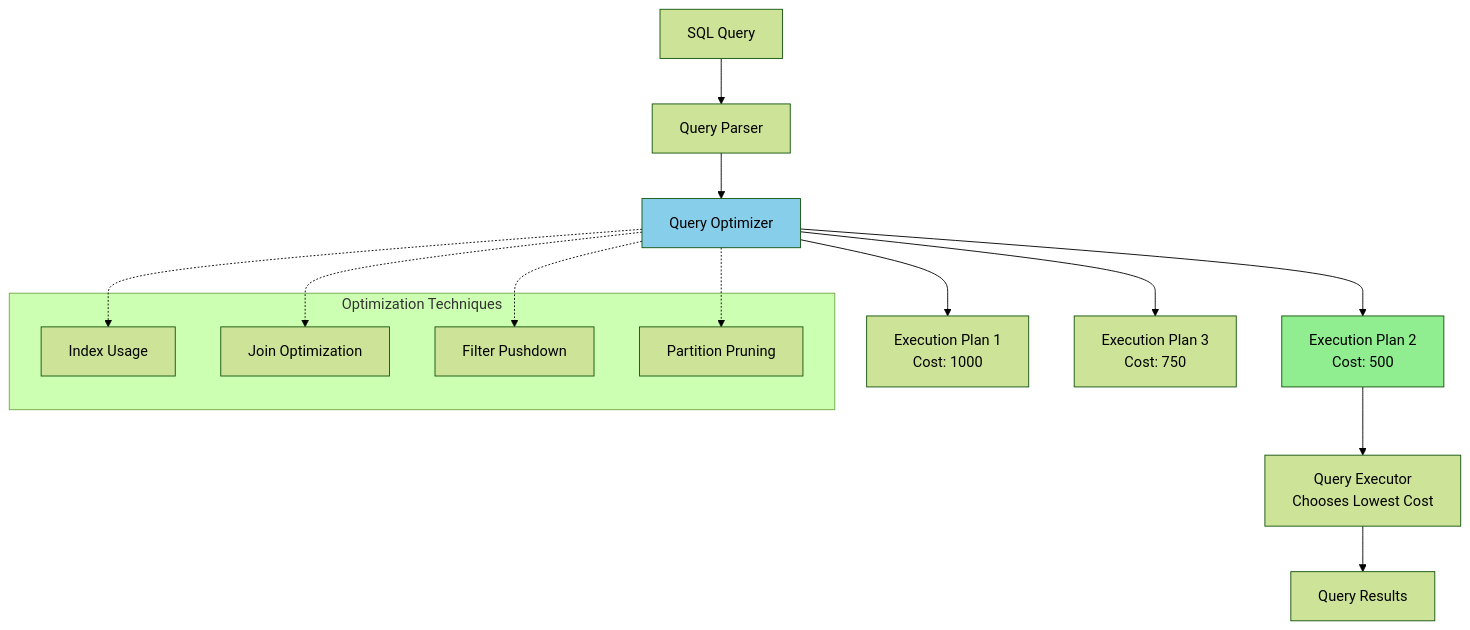
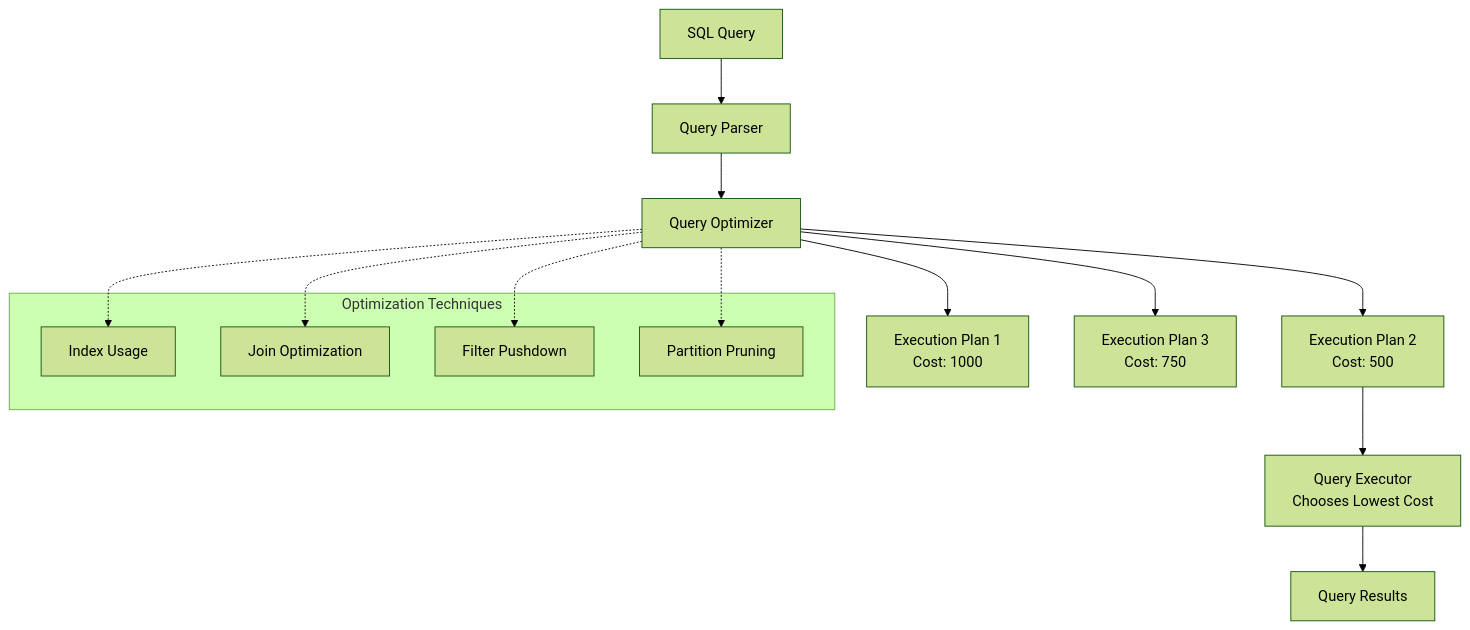
Before and after one commit to Ritahchanger/system_design: the fourth of 8 diagrams in databases/docs/relational.md, drawn with Mermaid (forest theme). The commit also changed other lines of this file and 5 other files, not shown here.

Commit message:
Updated visual diagrams and added readme for database case studies

````diff
--- a/databases/docs/relational.md
+++ b/databases/docs/relational.md
@@ -142,25 +132,23 @@
 ```mermaid
 graph TB
     Query[SQL Query] --> Parser[Query Parser]
     Parser --> Optimizer[Query Optimizer]
     Optimizer --> Plan1[Execution Plan 1<br/>Cost: 1000]
     Optimizer --> Plan2[Execution Plan 2<br/>Cost: 500]
     Optimizer --> Plan3[Execution Plan 3<br/>Cost: 750]
     Plan2 --> Executor[Query Executor<br/>Chooses Lowest Cost]
     Executor --> Result[Query Results]
     
     subgraph "Optimization Techniques"
         Index[Index Usage]
         Join[Join Optimization]
         Filter[Filter Pushdown]
         Partition[Partition Pruning]
     end
     
     Optimizer -.-> Index
     Optimizer -.-> Join
     Optimizer -.-> Filter
     Optimizer -.-> Partition
-    
-    style Plan2 fill:#90EE90
-    style Optimizer fill:#87CEEB
+
 ```
````
